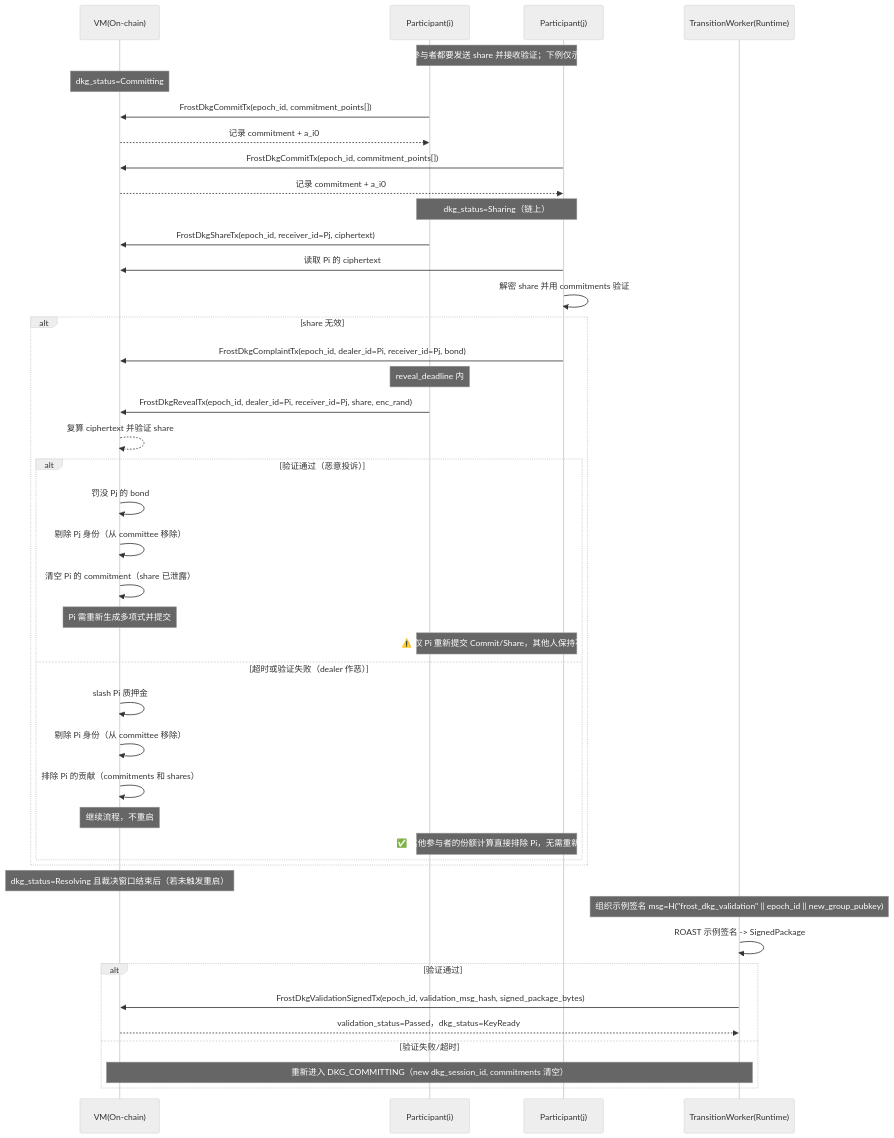
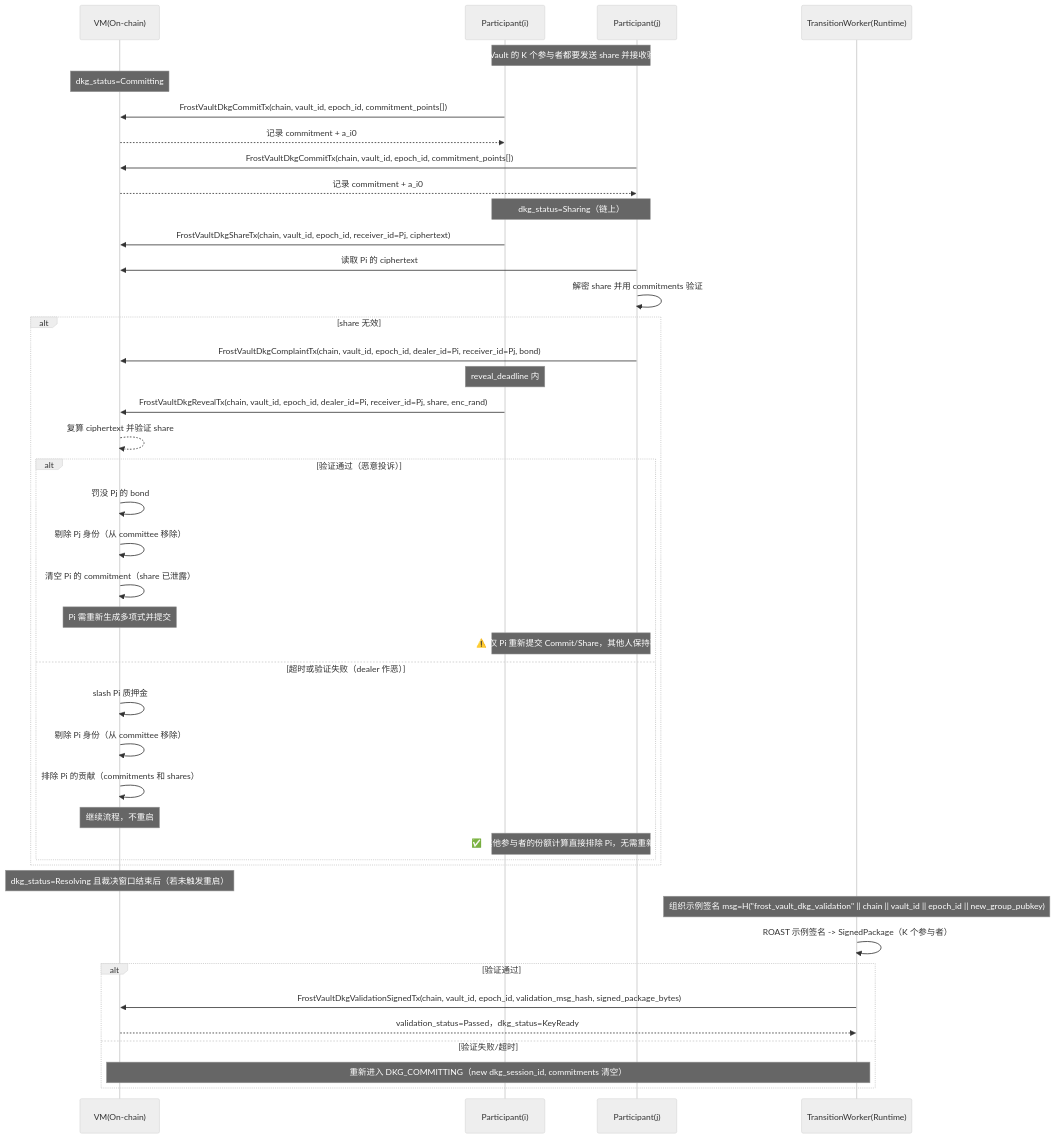
Before and after one commit to davidLeeeeeeeeeeee/dex: the seventh of 9 diagrams in frost/design.md, drawn with Mermaid (neutral theme). The commit also changed other lines of this file, not shown here.

````diff
--- a/frost/design.md
+++ b/frost/design.md
@@ -807,50 +964,50 @@
 ```mermaid
 sequenceDiagram
   participant CH as VM(On-chain)
   participant Pi as Participant(i)
   participant Pj as Participant(j)
   participant TW as TransitionWorker(Runtime)
 
-  Note over Pi,Pj: 每个参与者都要发送 share 并接收验证；下例仅示 i -> j
+  Note over Pi,Pj: 该 Vault 的 K 个参与者都要发送 share 并接收验证
   Note over CH: dkg_status=Committing
-  Pi->>CH: FrostDkgCommitTx(epoch_id, commitment_points[])
+  Pi->>CH: FrostVaultDkgCommitTx(chain, vault_id, epoch_id, commitment_points[])
   CH-->>Pi: 记录 commitment + a_i0
-  Pj->>CH: FrostDkgCommitTx(epoch_id, commitment_points[])
+  Pj->>CH: FrostVaultDkgCommitTx(chain, vault_id, epoch_id, commitment_points[])
   CH-->>Pj: 记录 commitment + a_i0
 
   Note over Pi,Pj: dkg_status=Sharing（链上）
-  Pi->>CH: FrostDkgShareTx(epoch_id, receiver_id=Pj, ciphertext)
+  Pi->>CH: FrostVaultDkgShareTx(chain, vault_id, epoch_id, receiver_id=Pj, ciphertext)
   Pj->>CH: 读取 Pi 的 ciphertext
   Pj->>Pj: 解密 share 并用 commitments 验证
 
   alt share 无效
-    Pj->>CH: FrostDkgComplaintTx(epoch_id, dealer_id=Pi, receiver_id=Pj, bond)
+    Pj->>CH: FrostVaultDkgComplaintTx(chain, vault_id, epoch_id, dealer_id=Pi, receiver_id=Pj, bond)
     Note over Pi: reveal_deadline 内
-    Pi->>CH: FrostDkgRevealTx(epoch_id, dealer_id=Pi, receiver_id=Pj, share, enc_rand)
+    Pi->>CH: FrostVaultDkgRevealTx(chain, vault_id, epoch_id, dealer_id=Pi, receiver_id=Pj, share, enc_rand)
     CH-->>CH: 复算 ciphertext 并验证 share
     alt 验证通过（恶意投诉）
       CH->>CH: 罚没 Pj 的 bond
       CH->>CH: 剔除 Pj 身份（从 committee 移除）
       CH->>CH: 清空 Pi 的 commitment（share 已泄露）
       Note over CH: Pi 需重新生成多项式并提交
       Note over Pi,Pj: ⚠️ 仅 Pi 重新提交 Commit/Share，其他人保持不变
     else 超时或验证失败（dealer 作恶）
       CH->>CH: slash Pi 质押金
       CH->>CH: 剔除 Pi 身份（从 committee 移除）
       CH->>CH: 排除 Pi 的贡献（commitments 和 shares）
       Note over CH: 继续流程，不重启
       Note over Pi,Pj: ✅ 其他参与者的份额计算直接排除 Pi，无需重新生成
     end
   end
 
   Note over CH: dkg_status=Resolving 且裁决窗口结束后（若未触发重启）
-  Note over TW: 组织示例签名 msg=H("frost_dkg_validation" || epoch_id || new_group_pubkey)
-  TW->>TW: ROAST 示例签名 -> SignedPackage
+  Note over TW: 组织示例签名 msg=H("frost_vault_dkg_validation" || chain || vault_id || epoch_id || new_group_pubkey)
+  TW->>TW: ROAST 示例签名 -> SignedPackage（K 个参与者）
 
   alt 验证通过
-    TW->>CH: FrostDkgValidationSignedTx(epoch_id, validation_msg_hash, signed_package_bytes)
+    TW->>CH: FrostVaultDkgValidationSignedTx(chain, vault_id, epoch_id, validation_msg_hash, signed_package_bytes)
     CH-->>TW: validation_status=Passed，dkg_status=KeyReady
   else 验证失败/超时
     Note over CH,TW: 重新进入 DKG_COMMITTING（new dkg_session_id, commitments 清空）
   end
 ```
````
